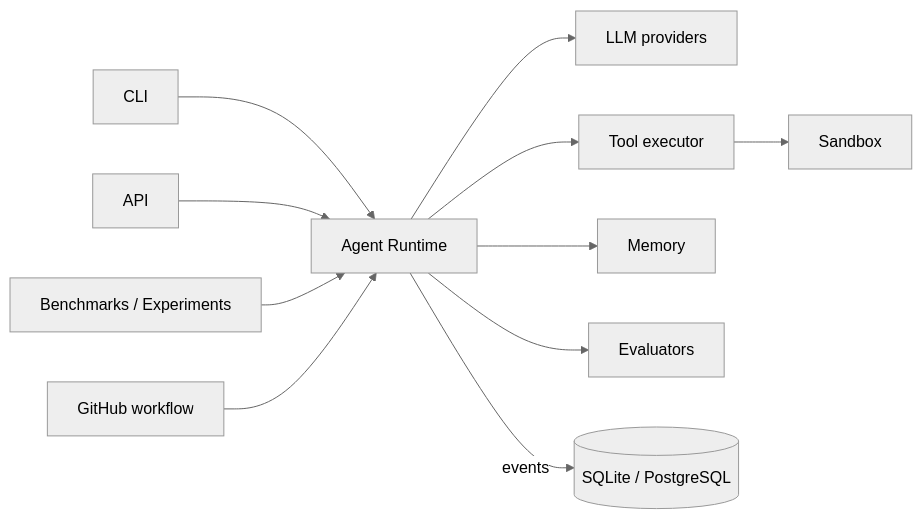
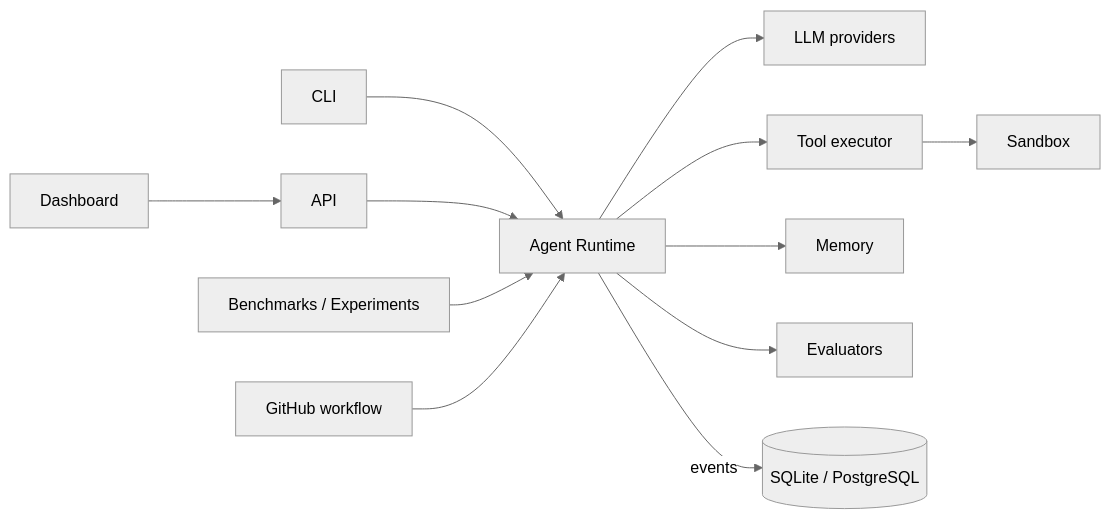
Before and after one commit to ege-arhan/Agent-Forge: the diagram in README.md, drawn with Mermaid (neutral theme). The commit also changed other lines of this file and 58 other files, not shown here.

````diff
--- a/README.md
+++ b/README.md
@@ -47,11 +50,12 @@
 ```mermaid
 flowchart LR
+    WEB[Dashboard] --> API
     CLI & API --> RT[Agent Runtime]
     RT --> LLM[LLM providers]
     RT --> EX[Tool executor] --> SB[Sandbox]
     RT --> MEM[Memory]
     RT --> EV[Evaluators]
     BE[Benchmarks / Experiments] --> RT
     GH[GitHub workflow] --> RT
     RT -- events --> DB[(SQLite / PostgreSQL)]
 ```
````
